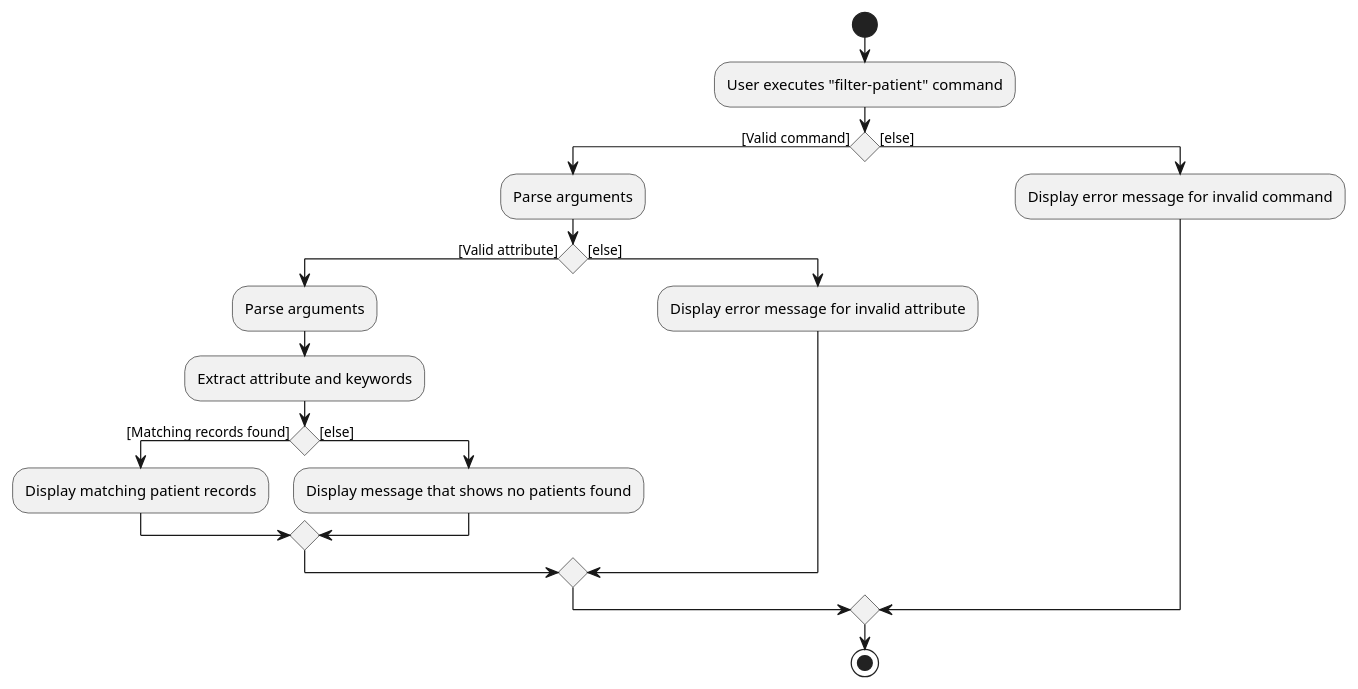
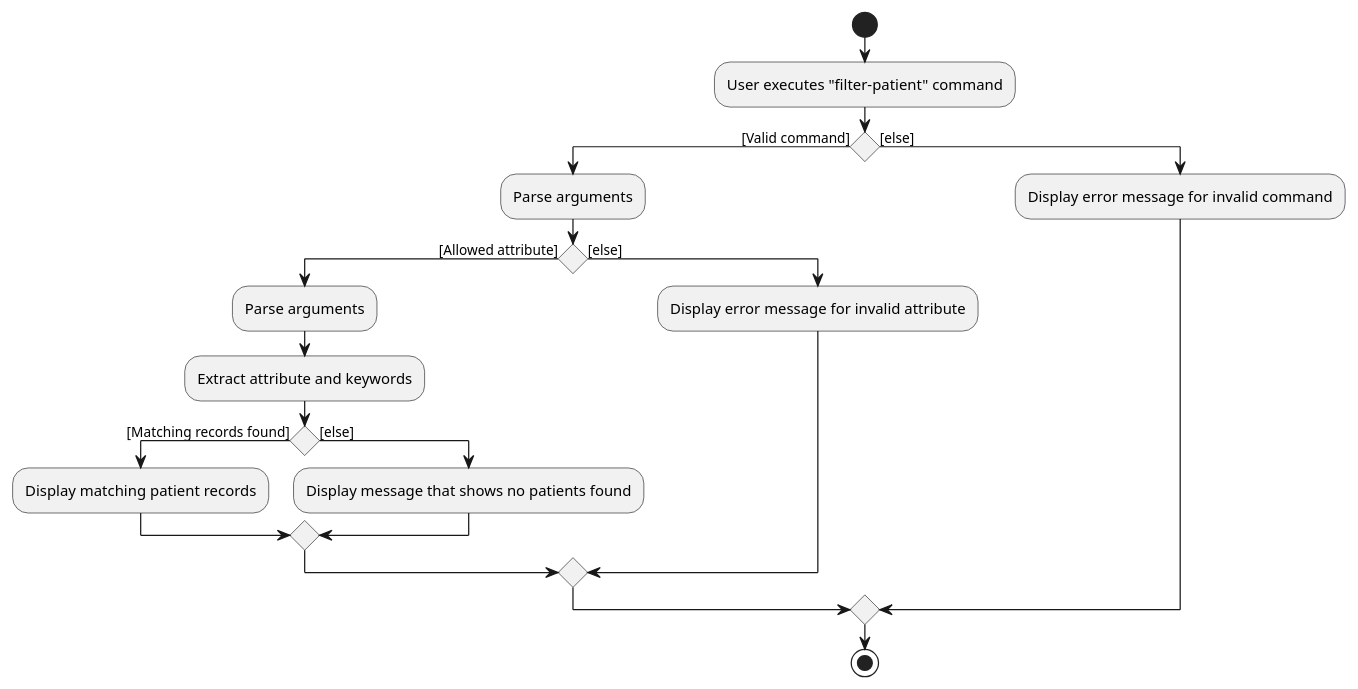
Before and after one commit to techjay-c/tp: the diagram in docs/diagrams/FilterPatientActivityDiagram.puml, drawn with PlantUML. The commit also changed 8 other files, not shown here.

Commit message:
Update AddDentistSequenceDiagram in DG

```diff
--- a/docs/diagrams/FilterPatientActivityDiagram.puml
+++ b/docs/diagrams/FilterPatientActivityDiagram.puml
@@ -1,29 +1,29 @@
 @startuml
 start
 
 :User executes "filter-patient" command;
 
 if () then ([Valid command])
     :Parse arguments;
 
-    if () then ([Valid attribute])
+    if () then ([Allowed attribute])
         :Parse arguments;
         :Extract attribute and keywords;
 
         if () then ([Matching records found])
             :Display matching patient records;
 
             else ([else])
                 :Display message that shows no patients found;
             endif
 
     else ([else])
         :Display error message for invalid attribute;
     endif
 
 else ([else])
      :Display error message for invalid command;
 endif
 
 stop
 @enduml
```
